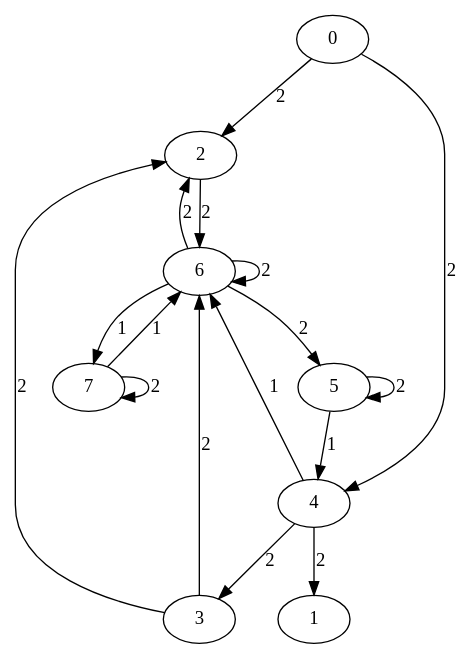
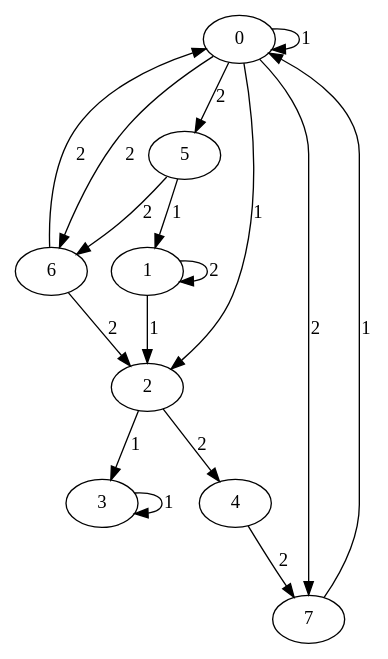
The diagram in AdvancedAlgorithms/TP-01/out/production/TP-01/hey.dot (Caucorico/ESIPE), drawn with Graphviz before and after one commit. The commit also changed 6 other files, not shown here.

```diff
--- a/AdvancedAlgorithms/TP-01/out/production/TP-01/hey.dot
+++ b/AdvancedAlgorithms/TP-01/out/production/TP-01/hey.dot
@@ -1,26 +1,26 @@
 digraph G {
 0;
-0 -> 2 [ label="2" ] ;
-0 -> 4 [ label="2" ] ;
+0 -> 0 [ label="1" ] ;
+0 -> 2 [ label="1" ] ;
+0 -> 5 [ label="2" ] ;
+0 -> 6 [ label="2" ] ;
+0 -> 7 [ label="2" ] ;
 1;
+1 -> 1 [ label="2" ] ;
+1 -> 2 [ label="1" ] ;
 2;
-2 -> 6 [ label="2" ] ;
+2 -> 3 [ label="1" ] ;
+2 -> 4 [ label="2" ] ;
 3;
-3 -> 2 [ label="2" ] ;
-3 -> 6 [ label="2" ] ;
+3 -> 3 [ label="1" ] ;
 4;
-4 -> 1 [ label="2" ] ;
-4 -> 3 [ label="2" ] ;
-4 -> 6 [ label="1" ] ;
+4 -> 7 [ label="2" ] ;
 5;
-5 -> 4 [ label="1" ] ;
-5 -> 5 [ label="2" ] ;
+5 -> 1 [ label="1" ] ;
+5 -> 6 [ label="2" ] ;
 6;
+6 -> 0 [ label="2" ] ;
 6 -> 2 [ label="2" ] ;
-6 -> 5 [ label="2" ] ;
-6 -> 6 [ label="2" ] ;
-6 -> 7 [ label="1" ] ;
 7;
-7 -> 6 [ label="1" ] ;
-7 -> 7 [ label="2" ] ;
+7 -> 0 [ label="1" ] ;
 }
```
